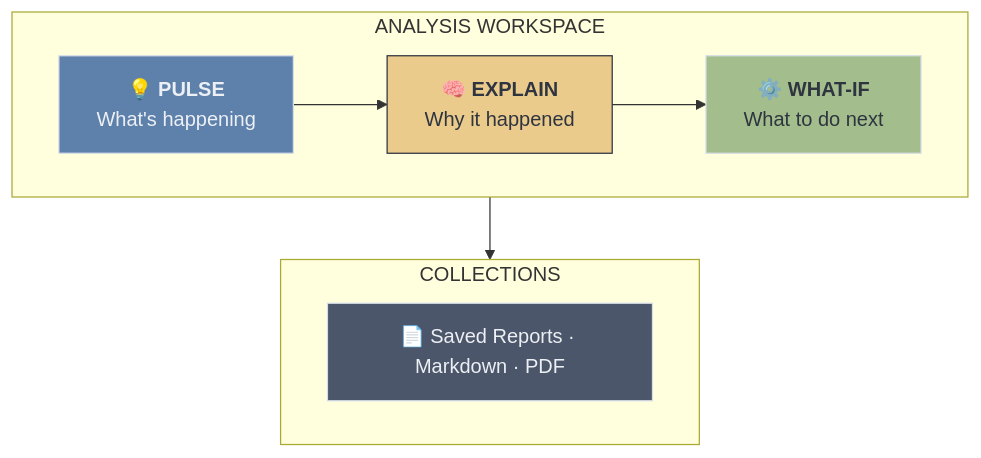
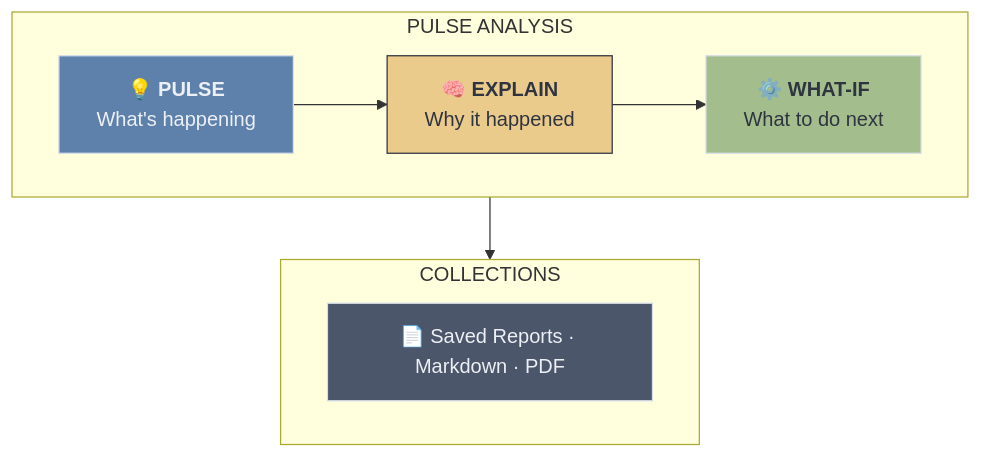
The second of 6 diagrams in requirements/Spectra-Pulse-Requirement.md (nuelo-ai/nuelo-spectra), drawn with Mermaid before and after one commit. The commit also changed other lines of this file and 1 other file, not shown here.

Commit message:
docs(requirements): rename "Analysis Workspace" to "Pulse Analysis" throughout

````diff
--- a/requirements/Spectra-Pulse-Requirement.md
+++ b/requirements/Spectra-Pulse-Requirement.md
@@ -69,21 +69,21 @@
 ```mermaid
 graph TB
-    subgraph workspace["ANALYSIS WORKSPACE"]
+    subgraph workspace["PULSE ANALYSIS"]
         direction LR
         D["💡 <b>PULSE</b><br/>What's happening"]
         E["🧠 <b>EXPLAIN</b><br/>Why it happened"]
         M["⚙️ <b>WHAT-IF</b><br/>What to do next"]
         D --> E --> M
     end
 
     subgraph collections["COLLECTIONS"]
         R["📄 Saved Reports · Markdown · PDF"]
     end
 
     workspace --> collections
 
     style D fill:#5E81AC,stroke:#D8DEE9,color:#ECEFF4
     style E fill:#EBCB8B,stroke:#2E3440,color:#2E3440
     style M fill:#A3BE8C,stroke:#D8DEE9,color:#2E3440
     style R fill:#4C566A,stroke:#D8DEE9,color:#ECEFF4
 ```
````
